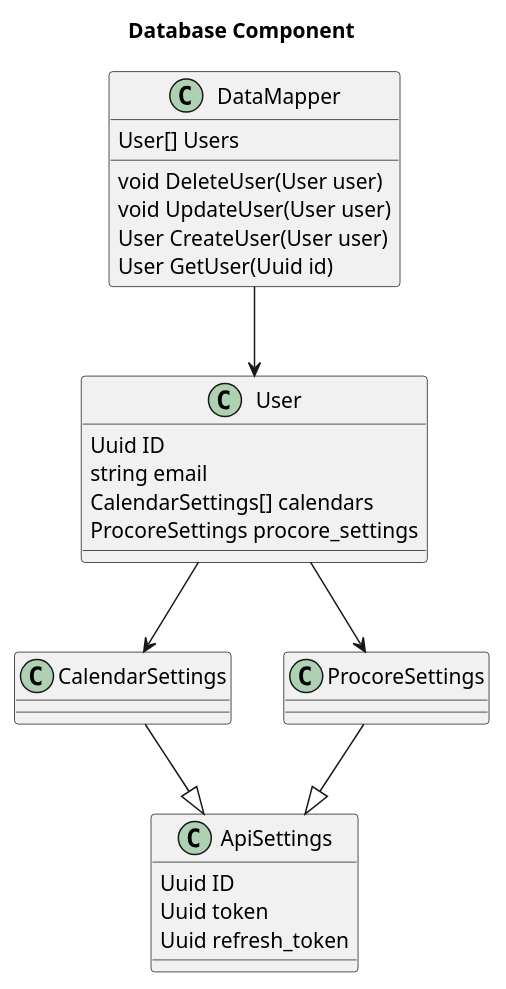
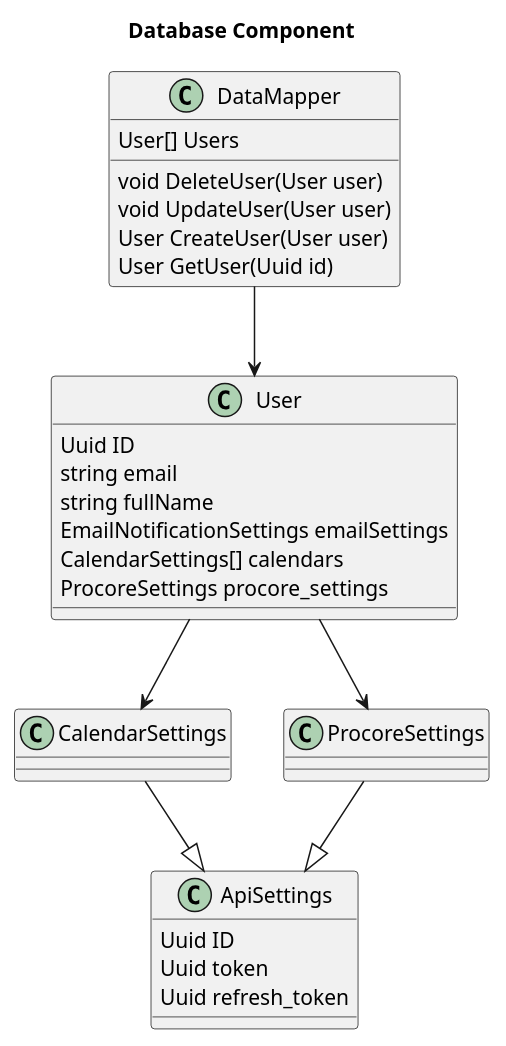
The diagram in diagrams/dbComponent.wsd (adhurjaty/procore-gcal), drawn with PlantUML before and after one commit. The commit also changed 4 other files, not shown here.

```diff
--- a/diagrams/dbComponent.wsd
+++ b/diagrams/dbComponent.wsd
@@ -1,39 +1,41 @@
 @startuml
 title Database Component
 
 class ApiSettings {
     Uuid ID
     Uuid token
     Uuid refresh_token
 }
 
 class CalendarSettings {
 
 }
 
 class ProcoreSettings {
     
 }
 
 class User {
     Uuid ID
     string email
+    string fullName
+    EmailNotificationSettings emailSettings
     CalendarSettings[] calendars
     ProcoreSettings procore_settings
 }
 
 class DataMapper {
     User[] Users
     void DeleteUser(User user)
     void UpdateUser(User user)
     User CreateUser(User user)
     User GetUser(Uuid id)
 }
 
 CalendarSettings --|> ApiSettings
 ProcoreSettings --|> ApiSettings
 User --> CalendarSettings
 User --> ProcoreSettings
 DataMapper --> User
 
 @enduml
```
